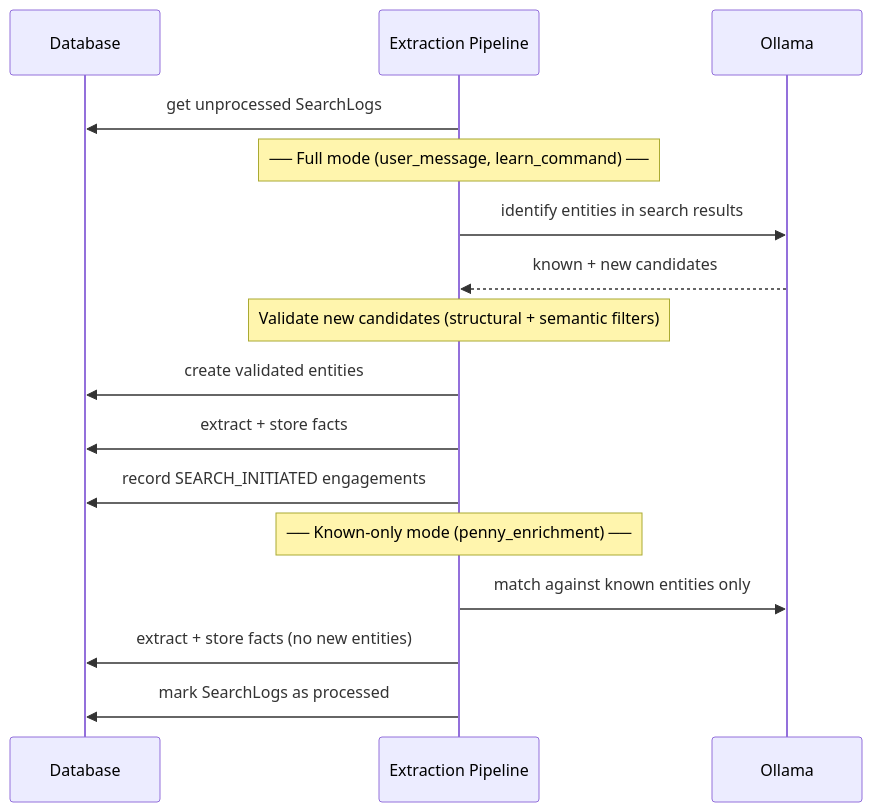
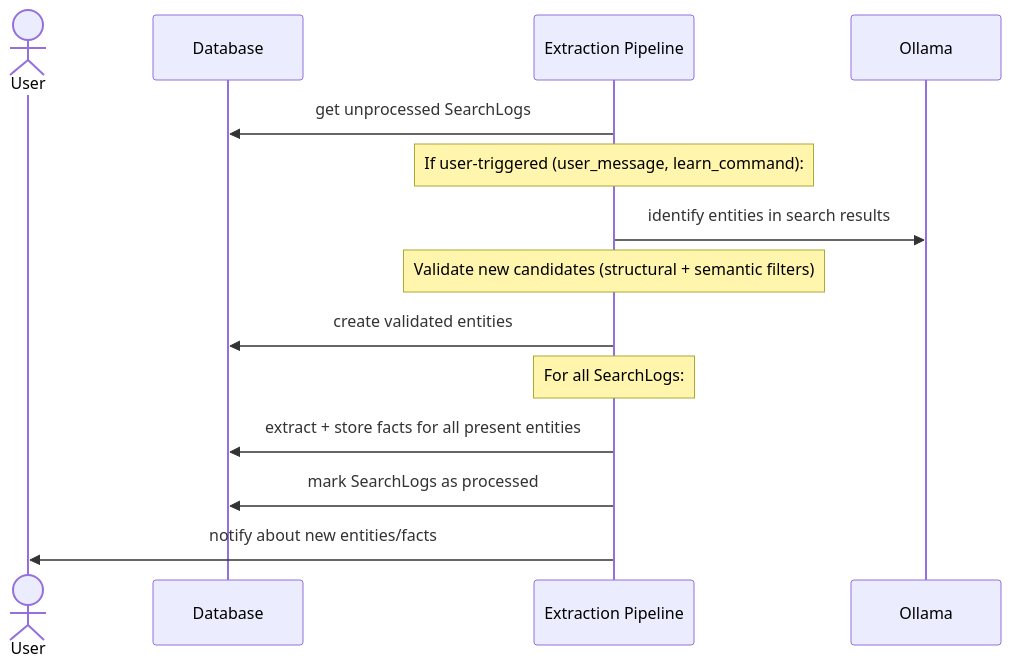
The second of 6 diagrams in docs/knowledge-system-flows.md (jaredlockhart/penny), drawn with Mermaid before and after one commit. The commit also changed other lines of this file and 1 other file, not shown here.

Commit message:
docs: simplify enrichment loop to just score + search
Extraction pipeline is the single process that handles entity creation,
fact extraction, and user notification for all SearchLogs. Enrichment
loop only scores entities and triggers searches.

````diff
--- a/docs/knowledge-system-flows.md
+++ b/docs/knowledge-system-flows.md
@@ -39,24 +39,19 @@
 ```mermaid
 sequenceDiagram
+    actor User
     participant DB as Database
     participant Extract as Extraction Pipeline
     participant LLM as Ollama
 
     Extract->>DB: get unprocessed SearchLogs
 
-    Note over Extract: ── Full mode (user_message, learn_command) ──
-
+    Note over Extract: If user-triggered (user_message, learn_command):
     Extract->>LLM: identify entities in search results
-    LLM-->>Extract: known + new candidates
     Note over Extract: Validate new candidates (structural + semantic filters)
     Extract->>DB: create validated entities
-    Extract->>DB: extract + store facts
-    Extract->>DB: record SEARCH_INITIATED engagements
 
-    Note over Extract: ── Known-only mode (penny_enrichment) ──
-
-    Extract->>LLM: match against known entities only
-    Extract->>DB: extract + store facts (no new entities)
-
+    Note over Extract: For all SearchLogs:
+    Extract->>DB: extract + store facts for all present entities
     Extract->>DB: mark SearchLogs as processed
+    Extract->>User: notify about new entities/facts
 ```
````
